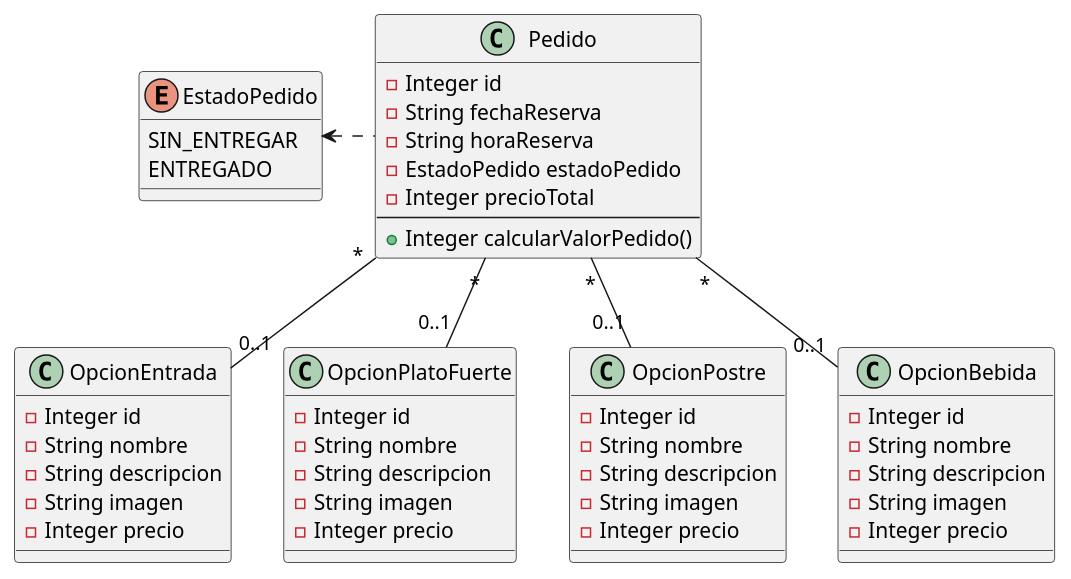
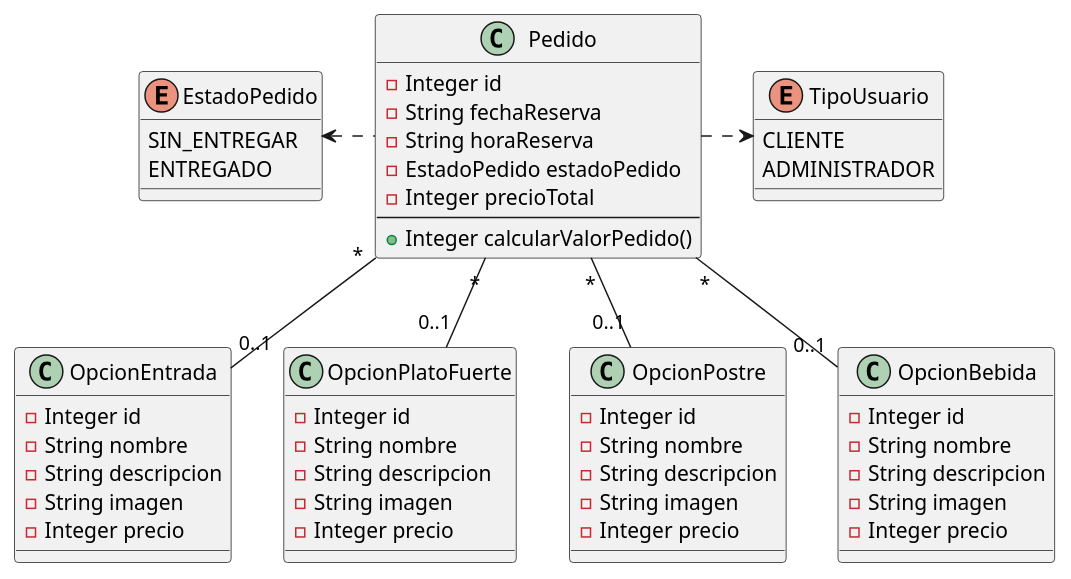
The diagram in doc/diagrama_clases.puml (JCataRM/proyectoCiclo3), drawn with PlantUML before and after one commit. The commit also changed 37 other files, not shown here.

```diff
--- a/doc/diagrama_clases.puml
+++ b/doc/diagrama_clases.puml
@@ -1,53 +1,59 @@
 @startuml "Diagrama de Clases"
 
 class Pedido {
     - Integer id
     - String fechaReserva
     - String horaReserva
     - EstadoPedido estadoPedido
     - Integer precioTotal 
     --
     + Integer calcularValorPedido()
 }
 class OpcionEntrada{
     - Integer id
     - String nombre
     - String descripcion
     - String imagen
     - Integer precio
 }
 class OpcionPlatoFuerte{
     - Integer id
     - String nombre
     - String descripcion
     - String imagen
     - Integer precio
 }
 class OpcionPostre{
     - Integer id
     - String nombre
     - String descripcion
     - String imagen
     - Integer precio
 }
 class OpcionBebida{
     - Integer id
     - String nombre
     - String descripcion
     - String imagen
     - Integer precio
 }
 
 enum EstadoPedido{
     SIN_ENTREGAR
     ENTREGADO
 }
 
+enum TipoUsuario{
+    CLIENTE
+    ADMINISTRADOR
+}
+
 
 Pedido "*" -- "0..1" OpcionEntrada
 Pedido "*" -- "0..1" OpcionPlatoFuerte
 Pedido "*" -- "0..1" OpcionPostre
 Pedido "*" -- "0..1" OpcionBebida
 Pedido .left.> EstadoPedido
+Pedido .right.> TipoUsuario
 
 @enduml
```
